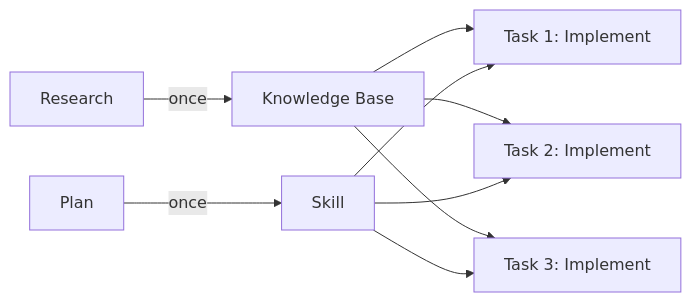
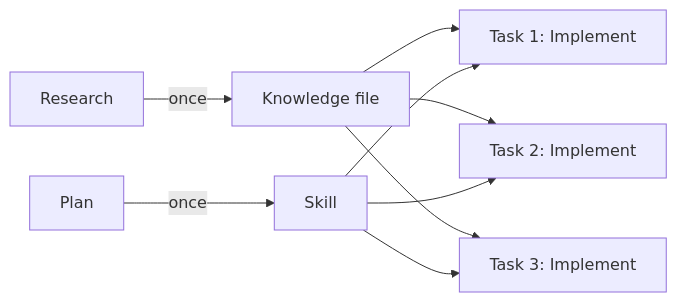
The second of 3 diagrams in README.md (michael-elkabetz/features), drawn with Mermaid before and after one commit. The commit also changed other lines of this file, not shown here.

````diff
--- a/README.md
+++ b/README.md
@@ -94,8 +96,8 @@
 ```mermaid
 flowchart LR
-    R["Research"] -- once --> KB["Knowledge Base"]
+    R["Research"] -- once --> KB["Knowledge file"]
     P["Plan"] -- once --> S["Skill"]
     KB & S --> E1["Task 1: Implement"]
     KB & S --> E2["Task 2: Implement"]
     KB & S --> E3["Task 3: Implement"]
 ```
````
